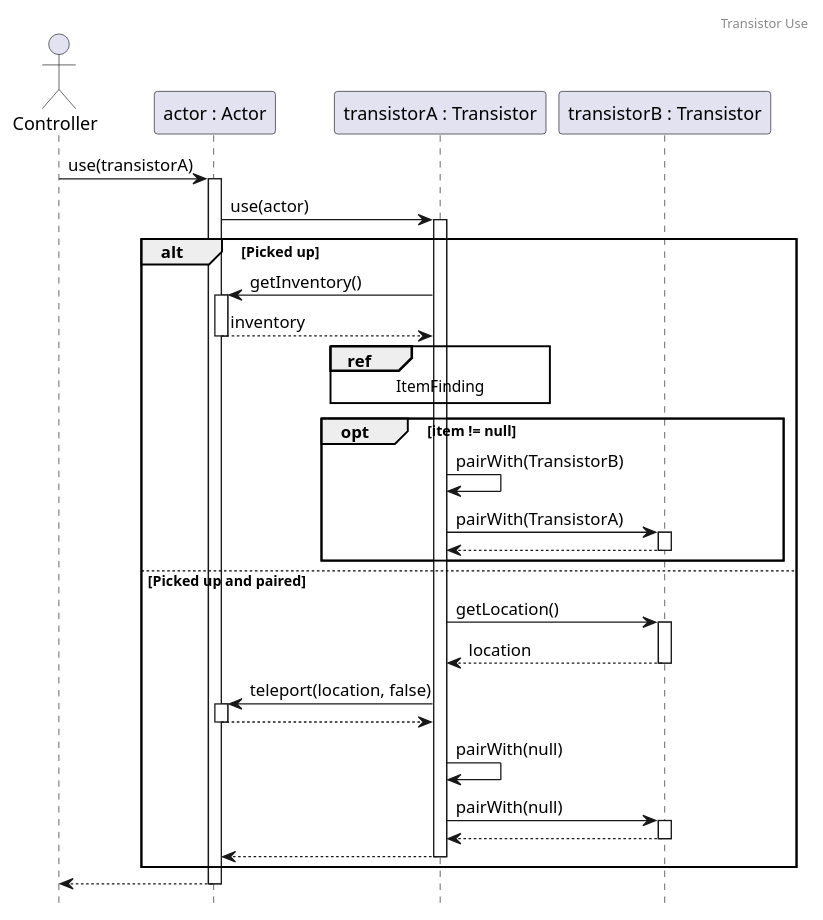
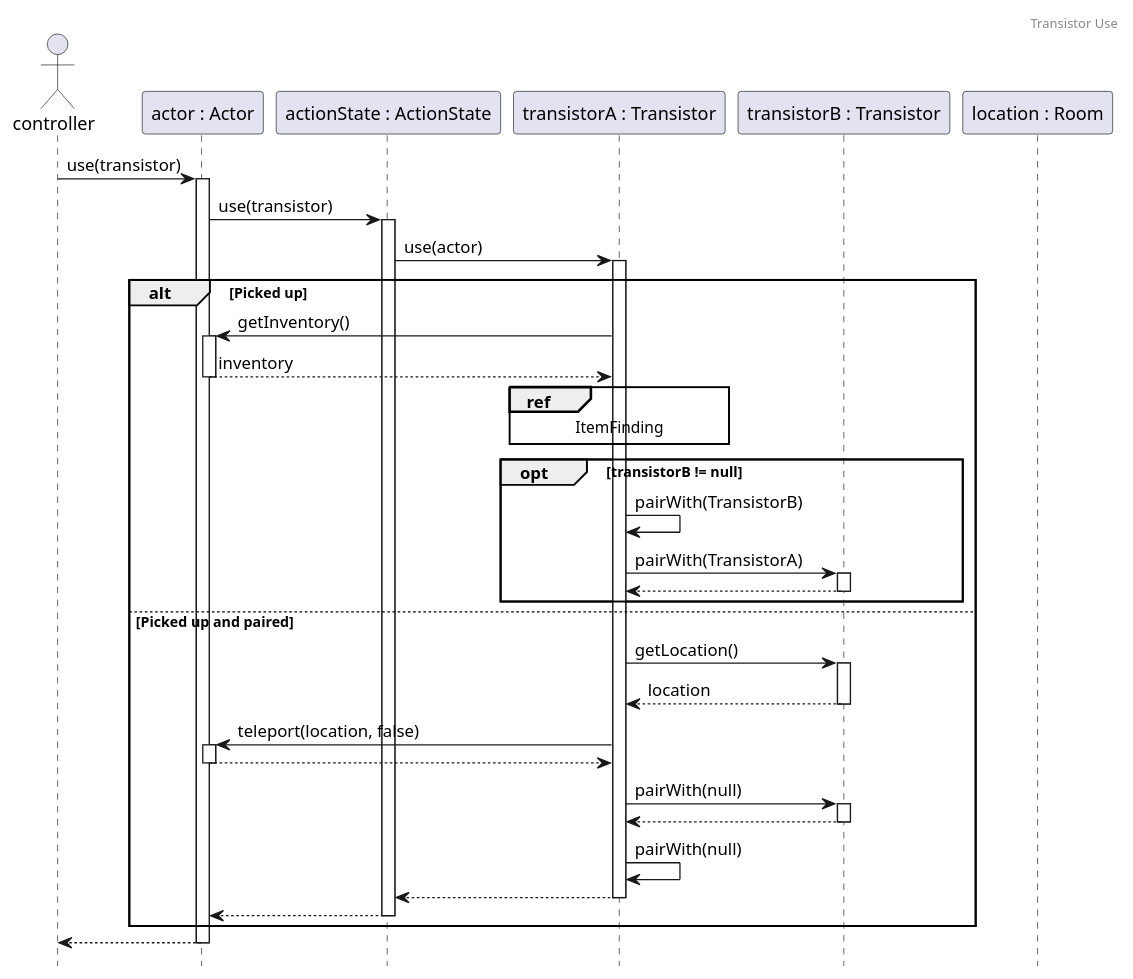
Before and after one commit to Kristof-me/Logarlec: the diagram in docs/sequence/items/TransistorUse.puml, drawn with PlantUML. The commit also changed 48 other files, not shown here.

```diff
--- a/docs/sequence/items/TransistorUse.puml
+++ b/docs/sequence/items/TransistorUse.puml
@@ -1,39 +1,42 @@
 @startuml TransistorUse
 header Transistor Use
 hide footbox
 
-actor Controller
+actor controller
 participant actor as "actor : Actor"
+participant state as "actionState : ActionState"
 participant t1 as "transistorA : Transistor"
 participant t2 as "transistorB : Transistor"
+participant location as "location : Room"
 
-Controller -> actor++: use(transistorA)
-actor -> t1++: use(actor)
+controller -> actor++: use(transistor)
+actor -> state ++: use(transistor)
+state -> t1++: use(actor)
 
 alt Picked up
-
     t1 -> actor++: getInventory()
     return inventory
     ref over t1: ItemFinding
 
-    opt  item != null
+    opt  transistorB != null
         t1 -> t1: pairWith(TransistorB)
         t1 -> t2++: pairWith(TransistorA)
         return
     end
 else Picked up and paired
     t1 -> t2++: getLocation()
     return location
     
     t1 -> actor++: teleport(location, false)
     return
     
+    t1 -> t2++: pairWith(null)
+    return
+
     t1 -> t1: pairWith(null)
-
-    t1 -> t2++: pairWith(null)
     return
 
     return
 end
 return
 @enduml
```
